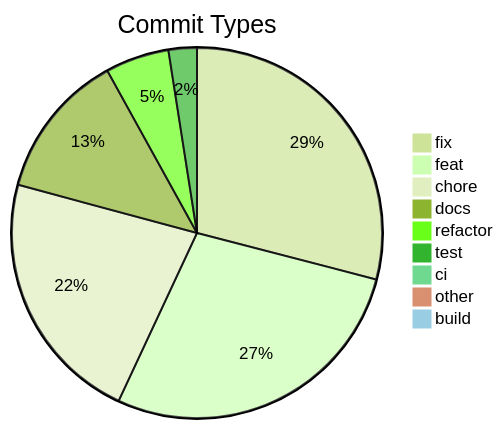
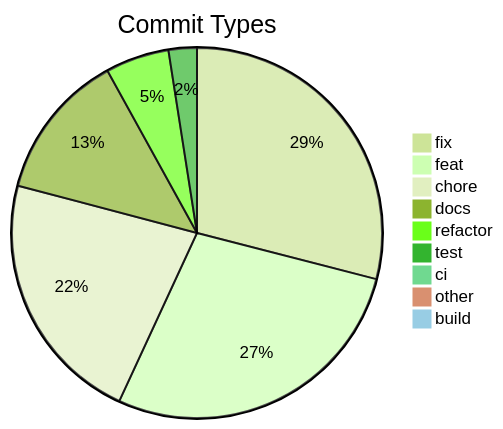
The diagram in .shipwright/compliance/change-history.md (svenroth-ai/shipwright), drawn with Mermaid (forest theme) before and after one commit. The commit also changed other lines of this file and 14 other files, not shown here.

````diff
--- a/.shipwright/compliance/change-history.md
+++ b/.shipwright/compliance/change-history.md
@@ -8,12 +8,12 @@
 ```mermaid
 pie title Commit Types
     "fix" : 282
     "feat" : 271
     "chore" : 216
-    "docs" : 124
+    "docs" : 125
     "refactor" : 54
     "test" : 24
     "ci" : 7
     "other" : 7
     "build" : 1
 ```
````
